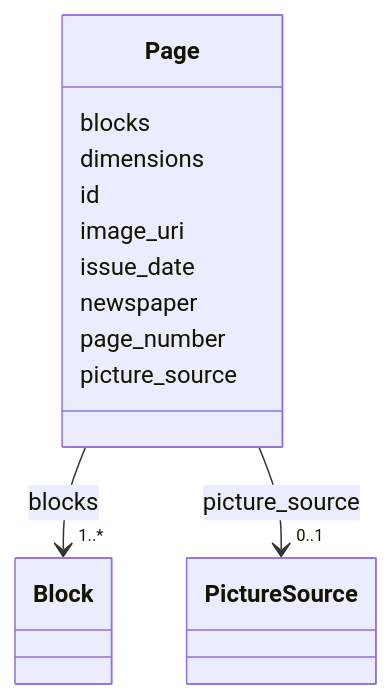
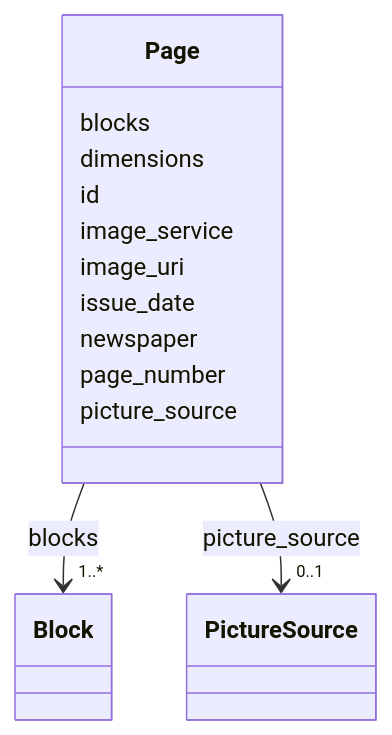
Before and after one commit to dsmedia/pruzhany-schema: the diagram in linkml/generated/docs/pages/Page.md, drawn with Mermaid. The commit also changed other lines of this file and 42 other files, not shown here.

First line of the commit message:
Add picture-source rights and page IIIF image services

````diff
--- a/linkml/generated/docs/pages/Page.md
+++ b/linkml/generated/docs/pages/Page.md
@@ -23,40 +23,42 @@
 ```mermaid
  classDiagram
     class Page
     click Page href "../Page/"
       Page : blocks
         
           
     
         
         
         Page --> "1..*" Block : blocks
         click Block href "../Block/"
     
 
         
       Page : dimensions
         
       Page : id
+        
+      Page : image_service
         
       Page : image_uri
         
       Page : issue_date
         
       Page : newspaper
         
       Page : page_number
         
       Page : picture_source
         
           
     
         
         
         Page --> "0..1" PictureSource : picture_source
         click PictureSource href "../PictureSource/"
     
 
         
       
 ```
````
